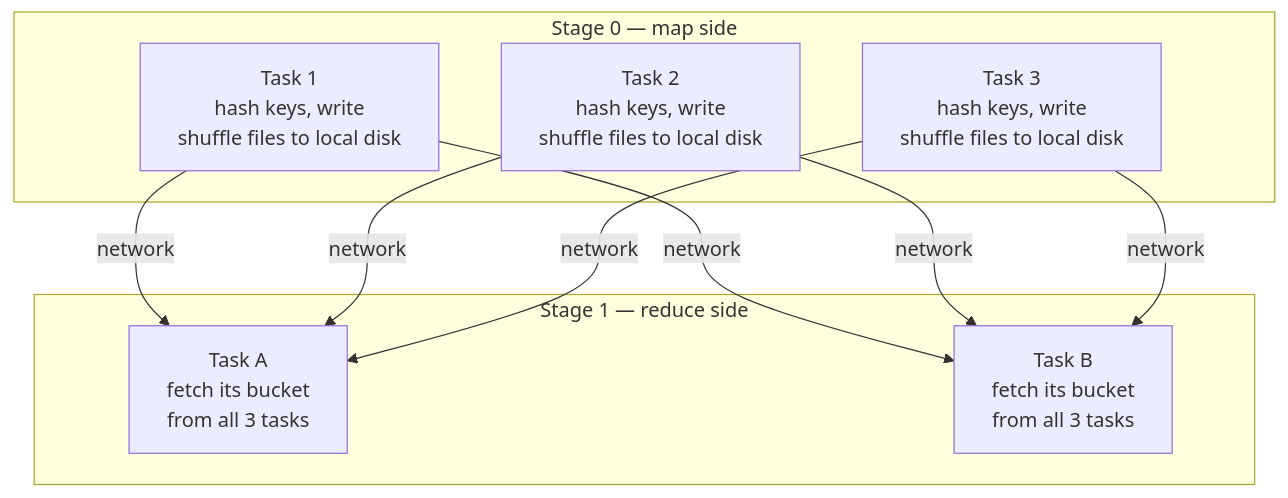
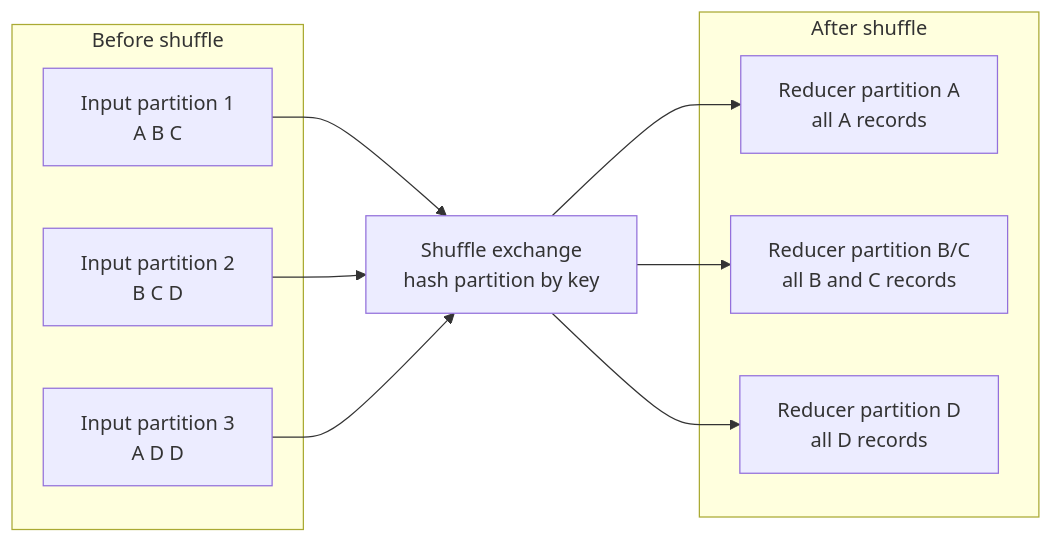
Before and after one commit to Ishan01official/spark-learning-lab: the diagram in diagrams/06_partitioning_and_shuffle.md, drawn with Mermaid. The commit also changed other lines of this file and 64 other files, not shown here.

````diff
--- a/diagrams/06_partitioning_and_shuffle.md
+++ b/diagrams/06_partitioning_and_shuffle.md
@@ -20,20 +16,23 @@
 ```mermaid
-flowchart TB
-    subgraph S1["Stage 0 — map side"]
-        T1["Task 1<br/>hash keys, write<br/>shuffle files to local disk"]
-        T2["Task 2<br/>hash keys, write<br/>shuffle files to local disk"]
-        T3["Task 3<br/>hash keys, write<br/>shuffle files to local disk"]
+flowchart LR
+    subgraph Before["Before shuffle"]
+        P1["Input partition 1<br/>A B C"]
+        P2["Input partition 2<br/>B C D"]
+        P3["Input partition 3<br/>A D D"]
     end
 
-    subgraph S2["Stage 1 — reduce side"]
-        R1["Task A<br/>fetch its bucket<br/>from all 3 tasks"]
-        R2["Task B<br/>fetch its bucket<br/>from all 3 tasks"]
+    Exchange["Shuffle exchange<br/>hash partition by key"]
+
+    subgraph After["After shuffle"]
+        R1["Reducer partition A<br/>all A records"]
+        R2["Reducer partition B/C<br/>all B and C records"]
+        R3["Reducer partition D<br/>all D records"]
     end
 
-    T1 -->|"network"| R1
-    T1 -->|"network"| R2
-    T2 -->|"network"| R1
-    T2 -->|"network"| R2
-    T3 -->|"network"| R1
-    T3 -->|"network"| R2
+    P1 --> Exchange
+    P2 --> Exchange
+    P3 --> Exchange
+    Exchange --> R1
+    Exchange --> R2
+    Exchange --> R3
 ```
````
